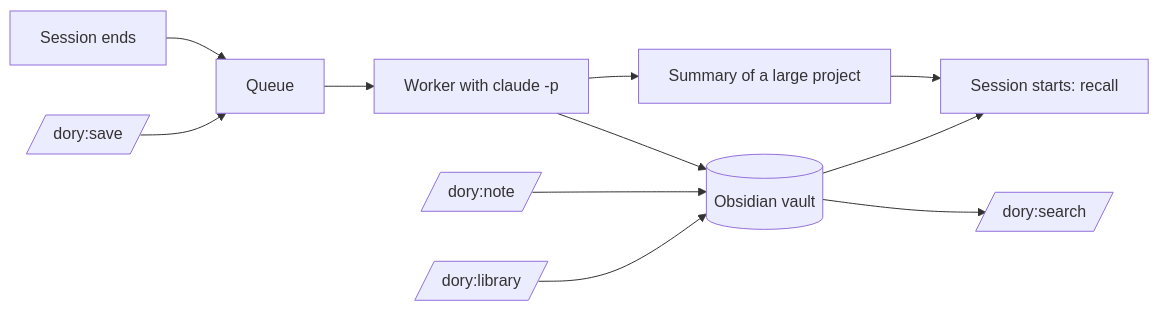
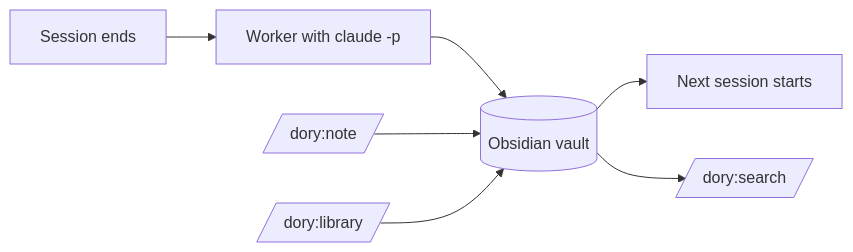
The diagram in README.md (cheorges/dory), drawn with Mermaid before and after one commit. The commit also changed other lines of this file and 12 other files, not shown here.

````diff
--- a/README.md
+++ b/README.md
@@ -183,13 +11,9 @@
 ```mermaid
 flowchart LR
-    End[Session ends] --> Queue[Queue]
-    Save[/dory:save/] --> Queue
-    Queue --> Worker[Worker with claude -p]
+    End[Session ends] --> Worker[Worker with claude -p]
     Worker --> Vault[(Obsidian vault)]
-    Worker --> Summary[Summary of a large project]
     Note[/dory:note/] --> Vault
     Library[/dory:library/] --> Vault
-    Summary --> Start[Session starts: recall]
-    Vault --> Start
+    Vault --> Start[Next session starts]
     Vault --> Search[/dory:search/]
 ```
````
